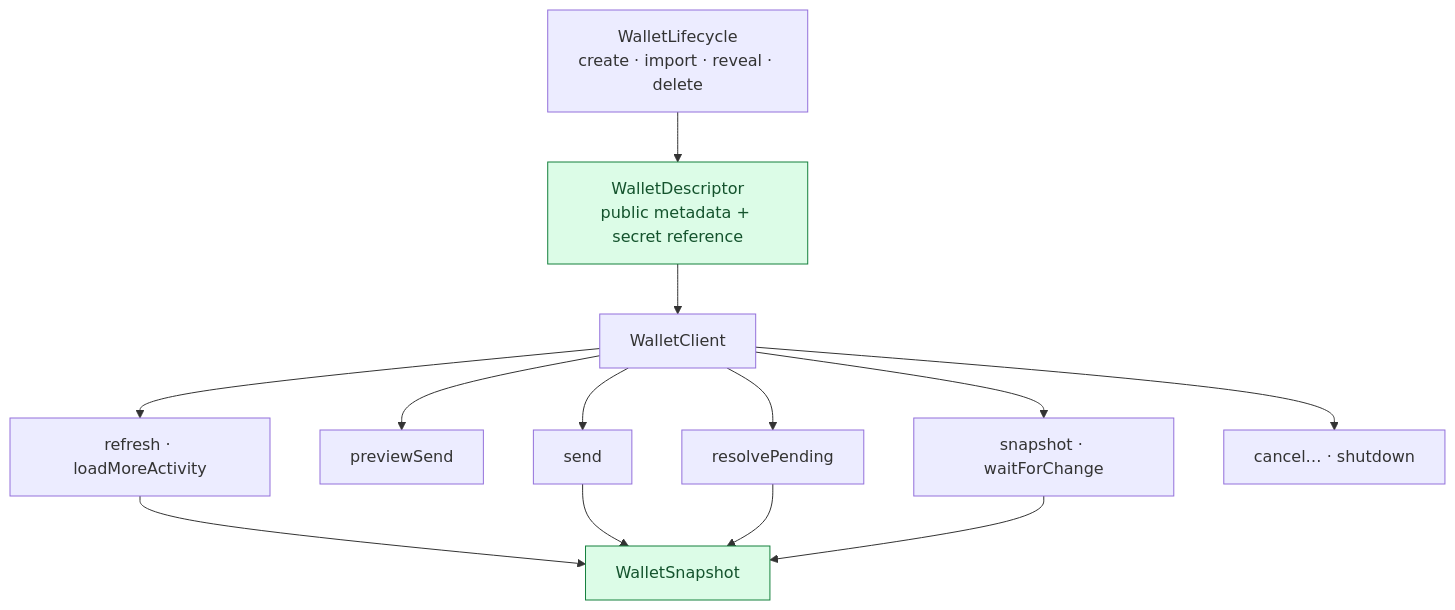
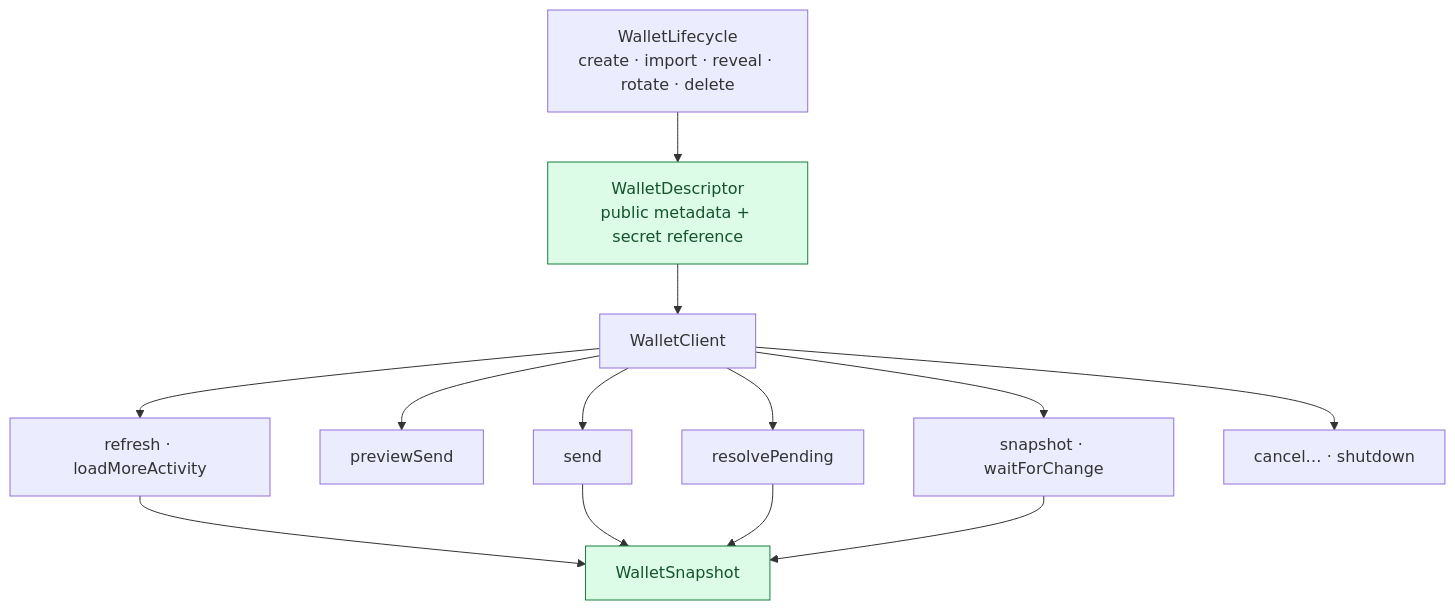
One commit to i582/wallet-engine changed the first of 9 diagrams in README.md. Above: the diagram before and after it, drawn with Mermaid. The commit also changed other lines of this file and 16 other files, not shown here.

````diff
--- a/README.md
+++ b/README.md
@@ -331,20 +351,20 @@
 ```mermaid
 flowchart TD
-    Lifecycle["WalletLifecycle<br/>create · import · reveal · delete"]
+    Lifecycle["WalletLifecycle<br/>create · import · reveal · rotate · delete"]
     Descriptor["WalletDescriptor<br/>public metadata + secret reference"]
     Lifecycle --> Descriptor
     Descriptor --> Client["WalletClient"]
     Client --> Read["refresh · loadMoreActivity"]
     Client --> Preview["previewSend"]
     Client --> Send["send"]
     Client --> Resolve["resolvePending"]
     Client --> Observe["snapshot · waitForChange"]
     Read --> Snapshot["WalletSnapshot"]
     Send --> Snapshot
     Resolve --> Snapshot
     Observe --> Snapshot
     Client --> Stop["cancel… · shutdown"]
 
     classDef result fill:#dcfce7,stroke:#15803d,color:#14532d;
     class Descriptor,Snapshot result;
 ```
````
